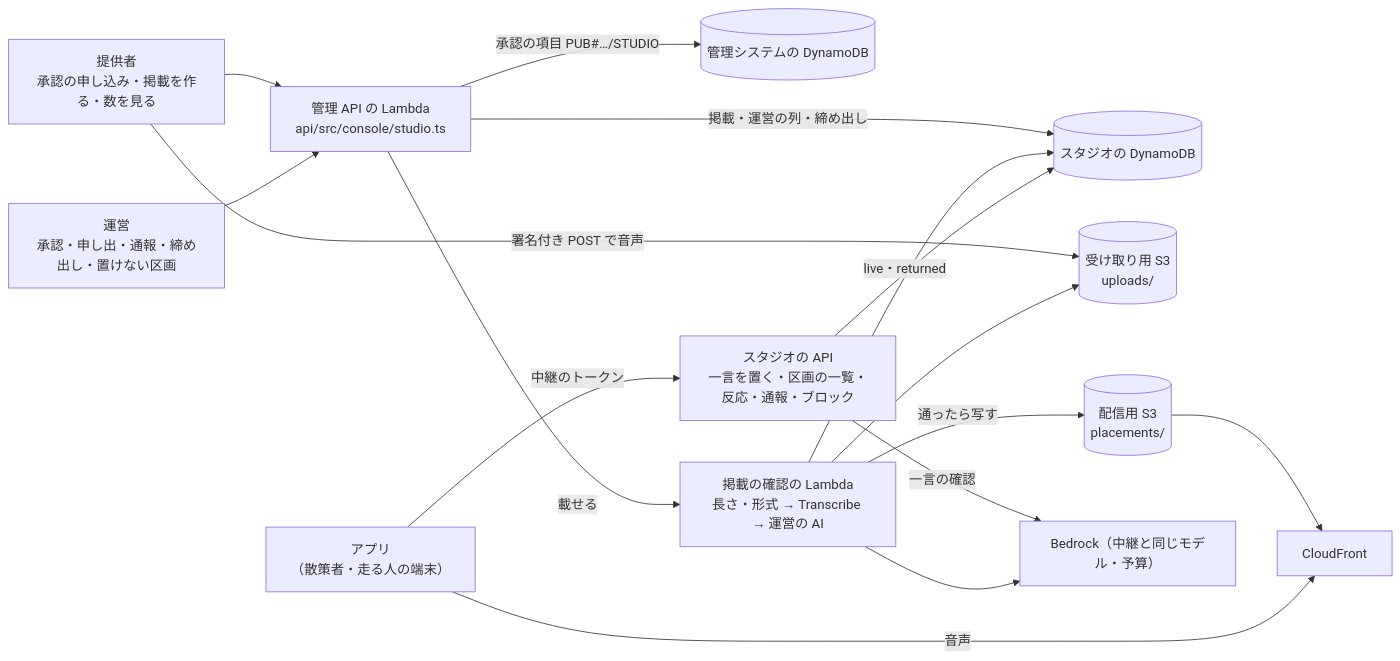
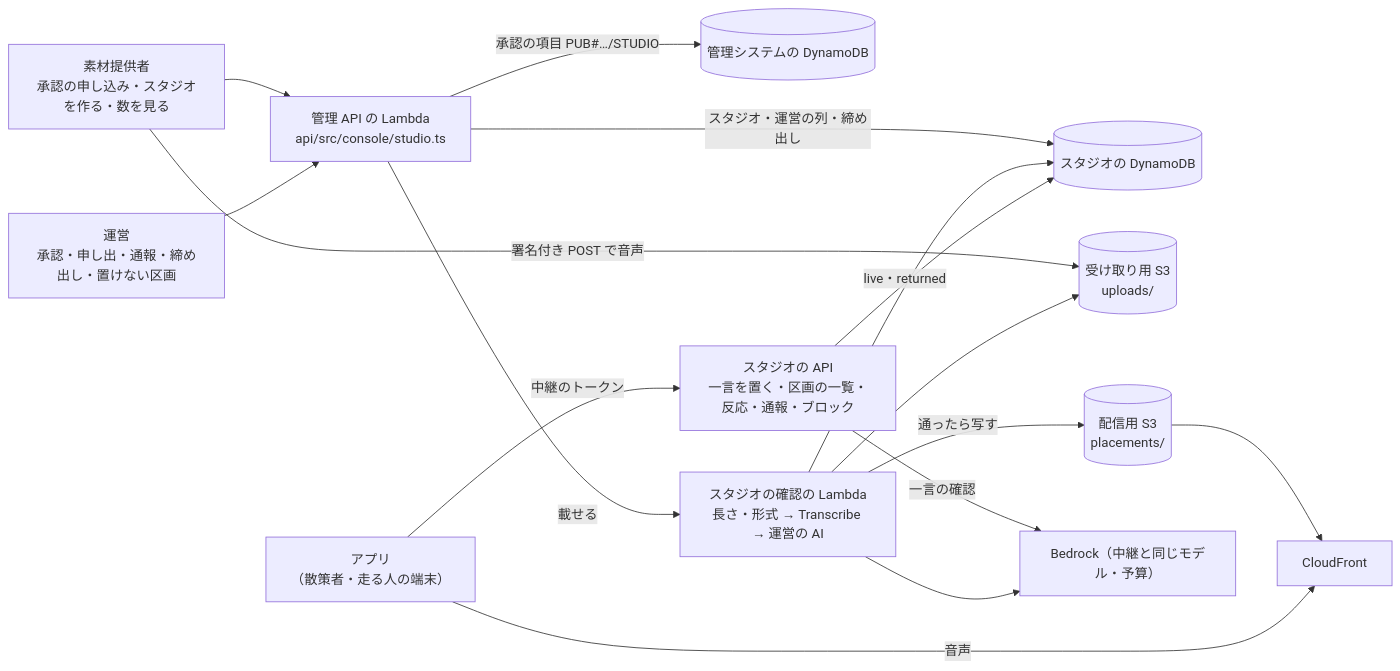
The eighth of 8 diagrams in docs/architecture.md (duwenji/yorisoi-console), drawn with Mermaid before and after one commit. The commit also changed other lines of this file and 39 other files, not shown here.

````diff
--- a/docs/architecture.md
+++ b/docs/architecture.md
@@ -271,18 +271,18 @@
 ```mermaid
 flowchart LR
-  PUB["提供者<br/>承認の申し込み・掲載を作る・数を見る"] --> CAPI["管理 API の Lambda<br/>api/src/console/studio.ts"]
+  PUB["素材提供者<br/>承認の申し込み・スタジオを作る・数を見る"] --> CAPI["管理 API の Lambda<br/>api/src/console/studio.ts"]
   OP["運営<br/>承認・申し出・通報・締め出し・置けない区画"] --> CAPI
   CAPI -->|承認の項目 PUB#…/STUDIO| CDDB[("管理システムの DynamoDB")]
-  CAPI -->|掲載・運営の列・締め出し| SDDB[("スタジオの DynamoDB")]
+  CAPI -->|スタジオ・運営の列・締め出し| SDDB[("スタジオの DynamoDB")]
   PUB -->|署名付き POST で音声| INT[("受け取り用 S3<br/>uploads/")]
-  CAPI -->|載せる| CHK["掲載の確認の Lambda<br/>長さ・形式 → Transcribe → 運営の AI"]
+  CAPI -->|載せる| CHK["スタジオの確認の Lambda<br/>長さ・形式 → Transcribe → 運営の AI"]
   CHK --> INT
   CHK -->|通ったら写す| AUD[("配信用 S3<br/>placements/")]
   CHK -->|live・returned| SDDB
   AUD --> CDN["CloudFront"]
   APP["アプリ<br/>（散策者・走る人の端末）"] -->|中継のトークン| SAPI["スタジオの API<br/>一言を置く・区画の一覧・反応・通報・ブロック"]
   SAPI --> SDDB
   APP -->|音声| CDN
   SAPI -->|一言の確認| AI["Bedrock（中継と同じモデル・予算）"]
   CHK --> AI
 ```
````
